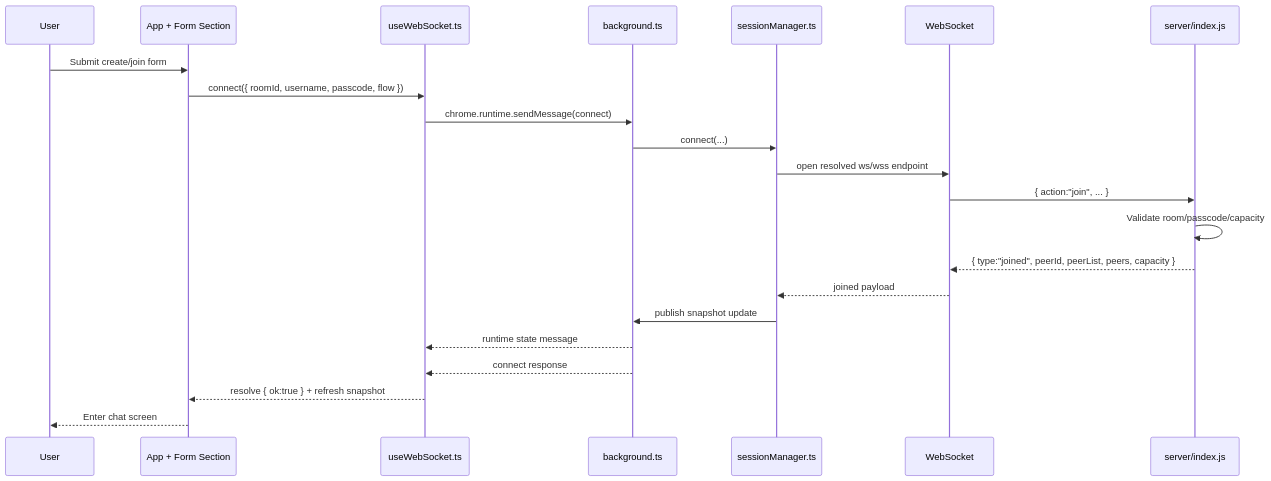
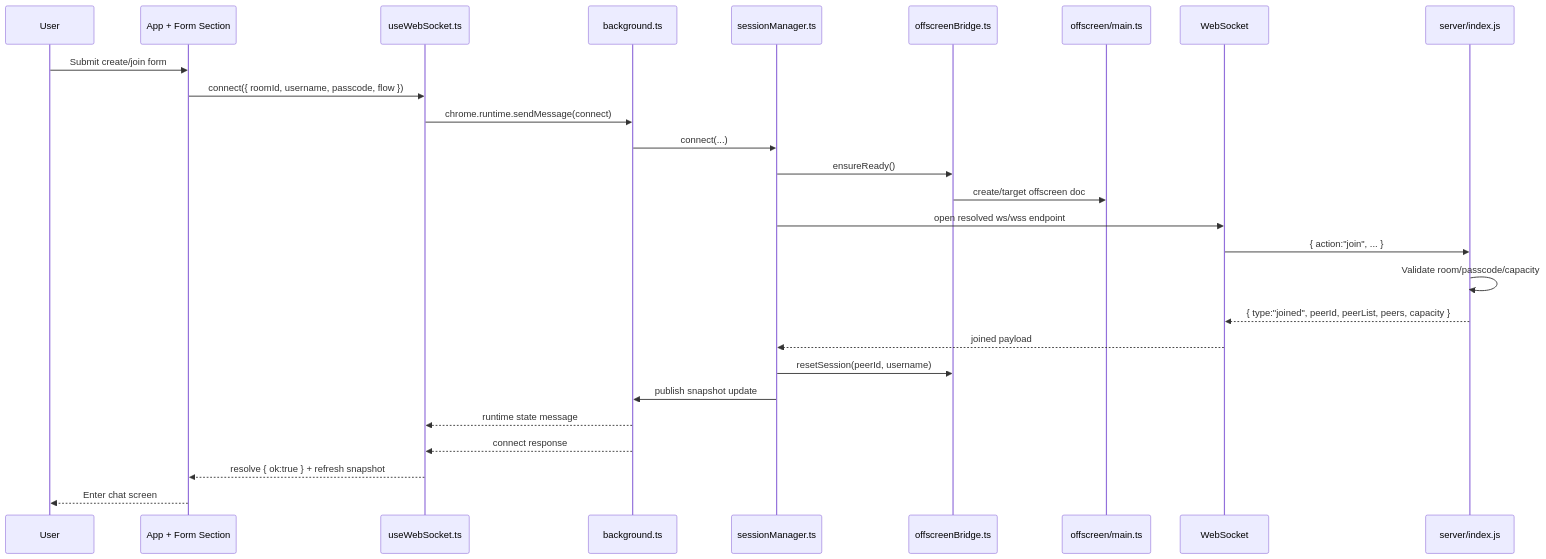
The fourth of 8 diagrams in docs/architecture.md (crccc/webrtc-chat), drawn with Mermaid before and after one commit. The commit also changed other lines of this file and 10 other files, not shown here.

````diff
--- a/docs/architecture.md
+++ b/docs/architecture.md
@@ -170,25 +188,30 @@
 ```mermaid
 sequenceDiagram
   participant U as User
   participant UI as App + Form Section
   participant Hook as useWebSocket.ts
   participant BG as background.ts
   participant Session as sessionManager.ts
+  participant Bridge as offscreenBridge.ts
+  participant Offscreen as offscreen/main.ts
   participant WS as WebSocket
   participant S as server/index.js
 
   U->>UI: Submit create/join form
   UI->>Hook: connect({ roomId, username, passcode, flow })
   Hook->>BG: chrome.runtime.sendMessage(connect)
   BG->>Session: connect(...)
+  Session->>Bridge: ensureReady()
+  Bridge->>Offscreen: create/target offscreen doc
   Session->>WS: open resolved ws/wss endpoint
   WS->>S: { action:"join", ... }
   S->>S: Validate room/passcode/capacity
   S-->>WS: { type:"joined", peerId, peerList, peers, capacity }
   WS-->>Session: joined payload
+  Session->>Bridge: resetSession(peerId, username)
   Session->>BG: publish snapshot update
   BG-->>Hook: runtime state message
   BG-->>Hook: connect response
   Hook-->>UI: resolve { ok:true } + refresh snapshot
   UI-->>U: Enter chat screen
 ```
````
